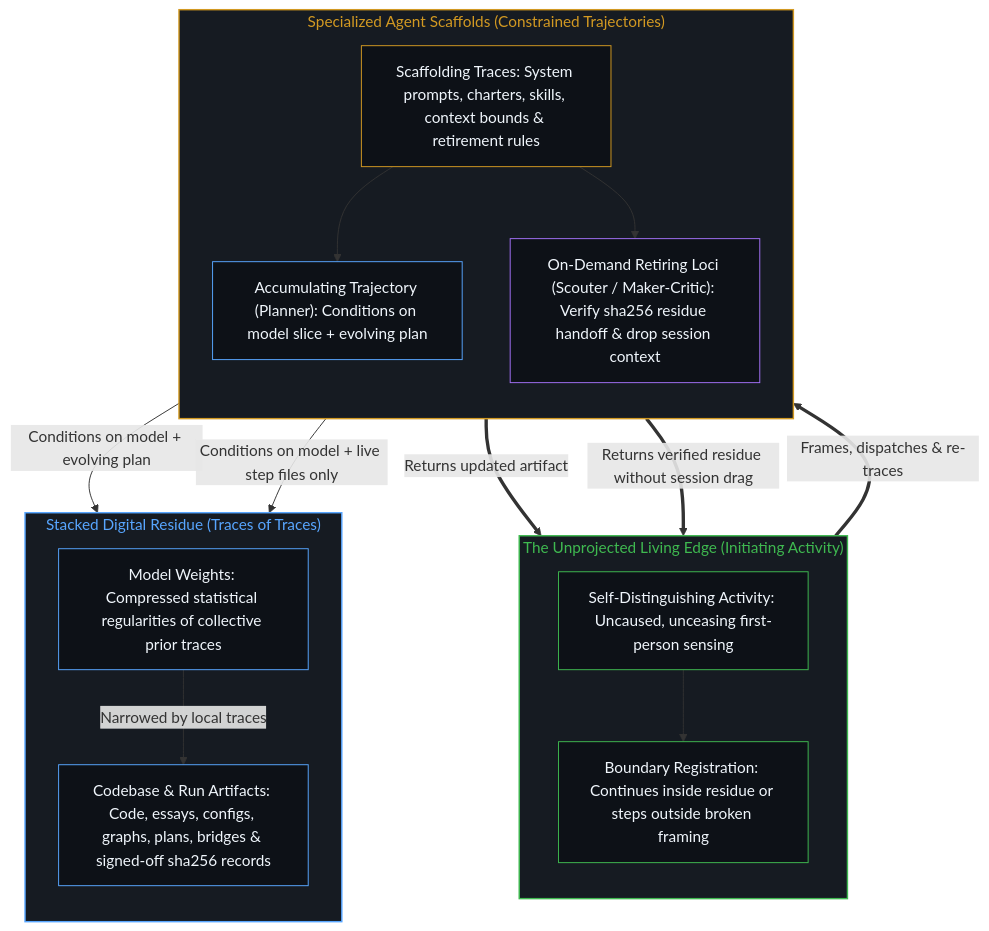
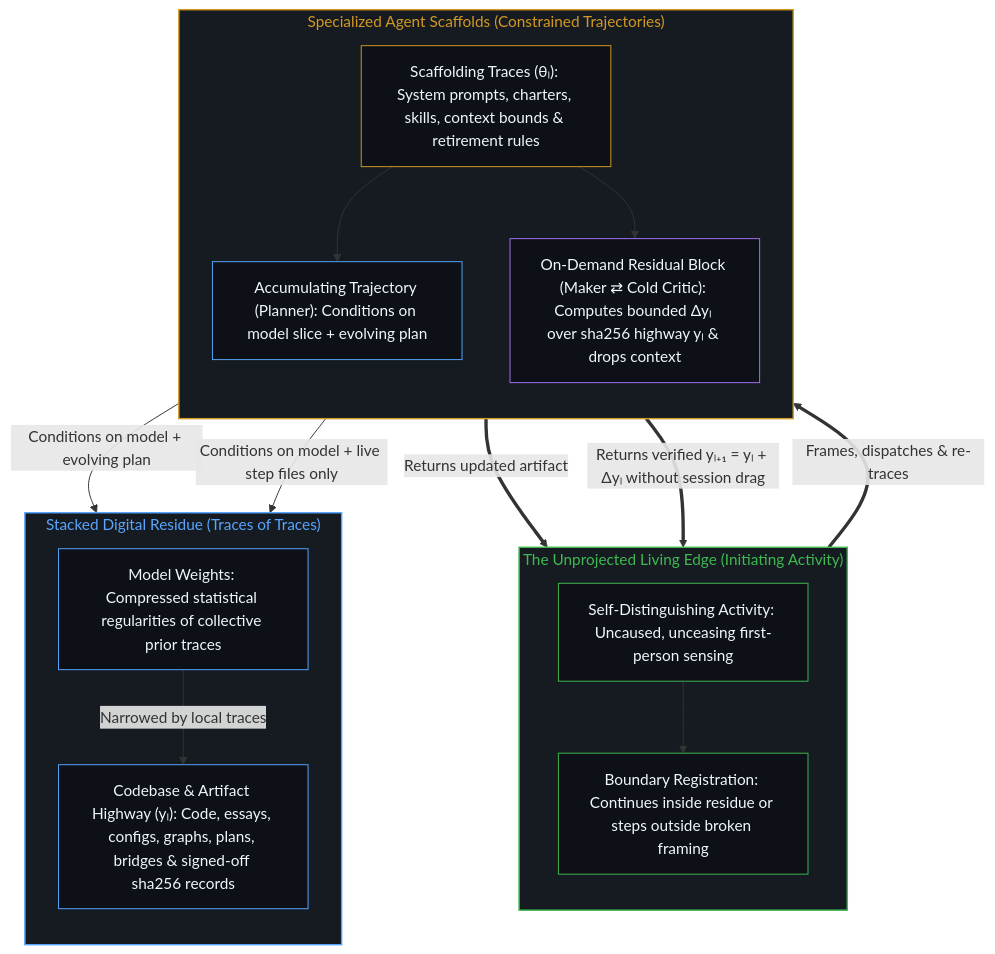
Before and after one commit to powerpig99/not-a-toe: the second of 4 diagrams in content/posts/your-codebase-is-memory.md, drawn with Mermaid. The commit also changed other lines of this file and 9 other files, not shown here.

````diff
--- a/content/posts/your-codebase-is-memory.md
+++ b/content/posts/your-codebase-is-memory.md
@@ -64,38 +64,38 @@
 ```mermaid
 flowchart TD
     subgraph S_Edge["The Unprojected Living Edge (Initiating Activity)"]
         direction TB
         Mind["Self-Distinguishing Activity: Uncaused, unceasing first-person sensing"]
         Judge["Boundary Registration: Continues inside residue or steps outside broken framing"]
         Mind --> Judge
     end
     subgraph S_Scaff["Specialized Agent Scaffolds (Constrained Trajectories)"]
         direction TB
-        Rules["Scaffolding Traces: System prompts, charters, skills, context bounds & retirement rules"]
+        Rules["Scaffolding Traces (θₗ): System prompts, charters, skills, context bounds & retirement rules"]
         Planner["Accumulating Trajectory (Planner): Conditions on model slice + evolving plan"]
-        Scouter["On-Demand Retiring Loci (Scouter / Maker-Critic): Verify sha256 residue handoff & drop session context"]
+        Scouter["On-Demand Residual Block (Maker ⇄ Cold Critic): Computes bounded Δyₗ over sha256 highway yₗ & drops context"]
         Rules --> Planner
         Rules --> Scouter
     end
     subgraph S_Res["Stacked Digital Residue (Traces of Traces)"]
         direction TB
         Weights["Model Weights: Compressed statistical regularities of collective prior traces"]
-        Code["Codebase & Run Artifacts: Code, essays, configs, graphs, plans, bridges & signed-off sha256 records"]
+        Code["Codebase & Artifact Highway (yₗ): Code, essays, configs, graphs, plans, bridges & signed-off sha256 records"]
         Weights -->|"Narrowed by local traces"| Code
     end
     Judge ==>|"Frames, dispatches & re-traces"| Rules
     Planner -->|"Conditions on model + evolving plan"| Code
     Scouter -->|"Conditions on model + live step files only"| Code
     Planner ==>|"Returns updated artifact"| Judge
-    Scouter ==>|"Returns verified residue without session drag"| Judge
+    Scouter ==>|"Returns verified yₗ₊₁ = yₗ + Δyₗ without session drag"| Judge
     style S_Edge fill:#161b22,stroke:#3fb950,stroke-width:1.5px,color:#3fb950
     style S_Scaff fill:#161b22,stroke:#d29922,stroke-width:1.5px,color:#d29922
     style S_Res fill:#161b22,stroke:#58a6ff,stroke-width:1.5px,color:#58a6ff
     style Mind fill:#0d1117,stroke:#3fb950,stroke-width:1px,color:#f0f6fc
     style Judge fill:#0d1117,stroke:#3fb950,stroke-width:1px,color:#f0f6fc
     style Rules fill:#0d1117,stroke:#d29922,stroke-width:1px,color:#f0f6fc
     style Planner fill:#0d1117,stroke:#58a6ff,stroke-width:1px,color:#f0f6fc
     style Scouter fill:#0d1117,stroke:#a371f7,stroke-width:1px,color:#f0f6fc
     style Weights fill:#0d1117,stroke:#58a6ff,stroke-width:1px,color:#f0f6fc
     style Code fill:#0d1117,stroke:#58a6ff,stroke-width:1px,color:#f0f6fc
 ```
````
